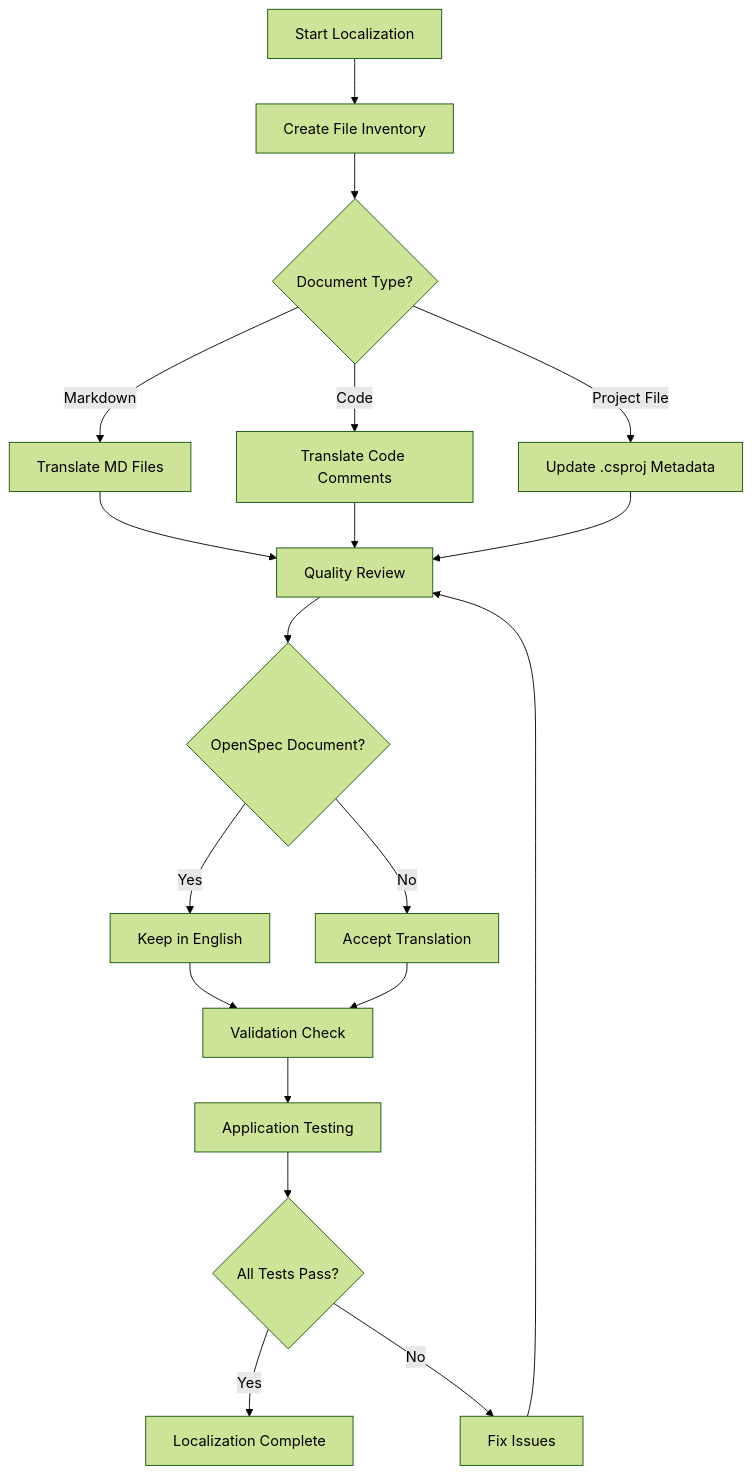
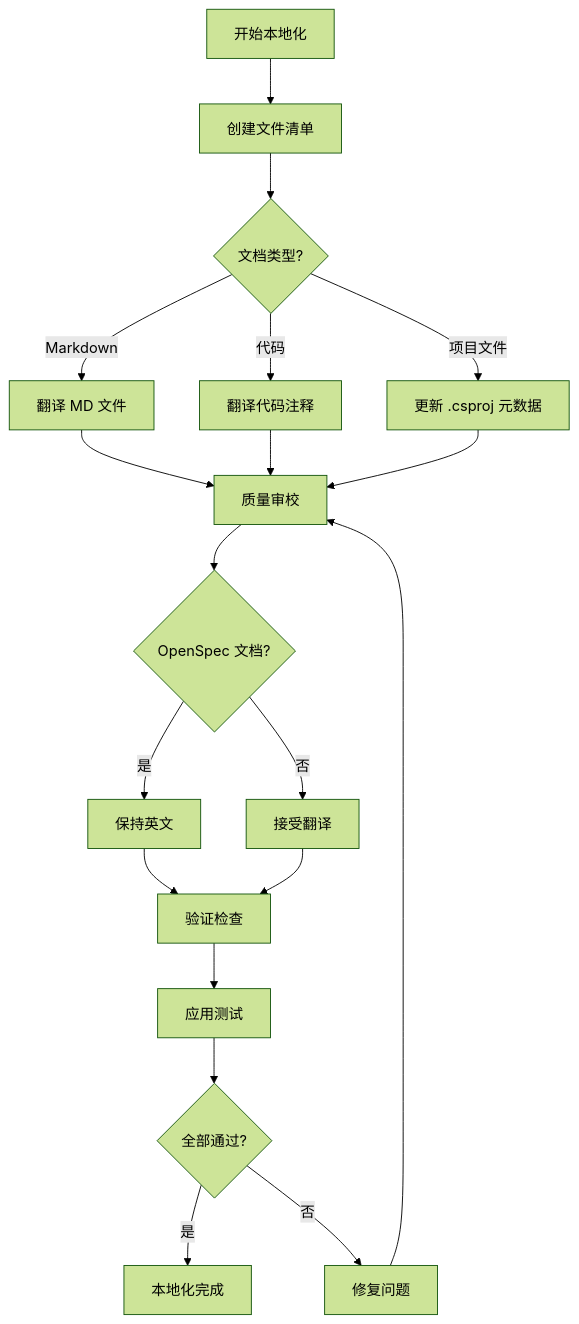
Before and after one commit to feewillowherb/MaterialClient: the first of 2 diagrams in openspec/changes/archive/2026-03-03-chinese-language-localization/design.md, drawn with Mermaid (forest theme). The commit also changed other lines of this file and 100 other files, not shown here.

````diff
--- a/openspec/changes/archive/2026-03-03-chinese-language-localization/design.md
+++ b/openspec/changes/archive/2026-03-03-chinese-language-localization/design.md
@@ -291,21 +288,21 @@
 ```mermaid
 flowchart TD
-    A[Start Localization] --> B[Create File Inventory]
-    B --> C{Document Type?}
-    C -->|Markdown| D[Translate MD Files]
-    C -->|Code| E[Translate Code Comments]
-    C -->|Project File| F[Update .csproj Metadata]
-    D --> G[Quality Review]
+    A[开始本地化] --> B[创建文件清单]
+    B --> C{文档类型?}
+    C -->|Markdown| D[翻译 MD 文件]
+    C -->|代码| E[翻译代码注释]
+    C -->|项目文件| F[更新 .csproj 元数据]
+    D --> G[质量审校]
     E --> G
     F --> G
-    G --> H{OpenSpec Document?}
-    H -->|Yes| I[Keep in English]
-    H -->|No| J[Accept Translation]
-    I --> K[Validation Check]
+    G --> H{OpenSpec 文档?}
+    H -->|是| I[保持英文]
+    H -->|否| J[接受翻译]
+    I --> K[验证检查]
     J --> K
-    K --> L[Application Testing]
-    L --> M{All Tests Pass?}
-    M -->|Yes| N[Localization Complete]
-    M -->|No| O[Fix Issues]
+    K --> L[应用测试]
+    L --> M{全部通过?}
+    M -->|是| N[本地化完成]
+    M -->|否| O[修复问题]
     O --> G
 ```
````
